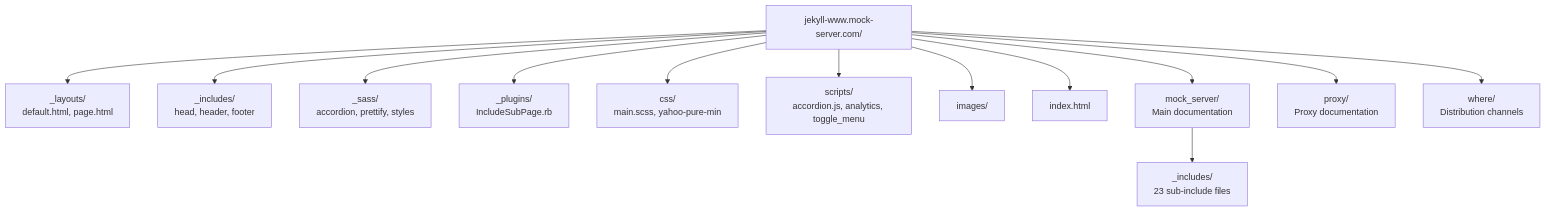
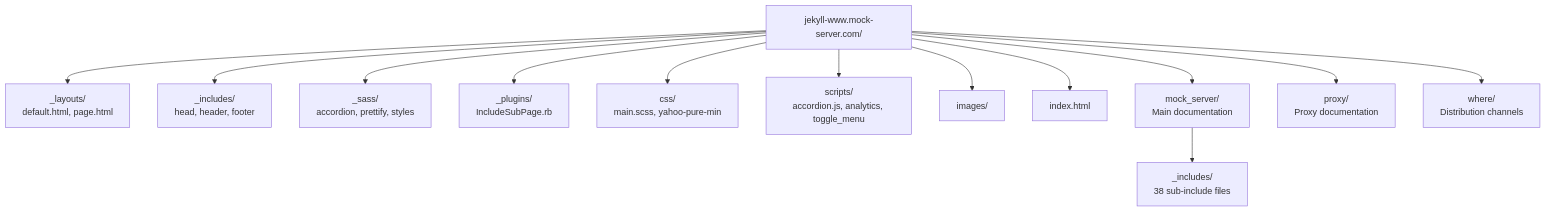
The diagram in docs/operations/website.md (sean8601/mockserver-monorepo), drawn with Mermaid before and after one commit. The commit also changed other lines of this file and 42 other files, not shown here.

````diff
--- a/docs/operations/website.md
+++ b/docs/operations/website.md
@@ -28,28 +28,28 @@
 ```mermaid
 graph TD
     ROOT["jekyll-www.mock-server.com/"]
     ROOT --> LAYOUTS["_layouts/
 default.html, page.html"]
     ROOT --> INCLUDES["_includes/
 head, header, footer"]
     ROOT --> SASS["_sass/
 accordion, prettify, styles"]
     ROOT --> PLUGINS["_plugins/
 IncludeSubPage.rb"]
     ROOT --> CSS["css/
 main.scss, yahoo-pure-min"]
     ROOT --> SCRIPTS["scripts/
 accordion.js, analytics, toggle_menu"]
     ROOT --> IMAGES["images/"]
     ROOT --> INDEX["index.html"]
 
     ROOT --> MOCK["mock_server/
 Main documentation"]
     ROOT --> PROXY["proxy/
 Proxy documentation"]
     ROOT --> WHERE["where/
 Distribution channels"]
 
     MOCK --> MOCK_INC["_includes/
-23 sub-include files"]
+38 sub-include files"]
 ```
````
